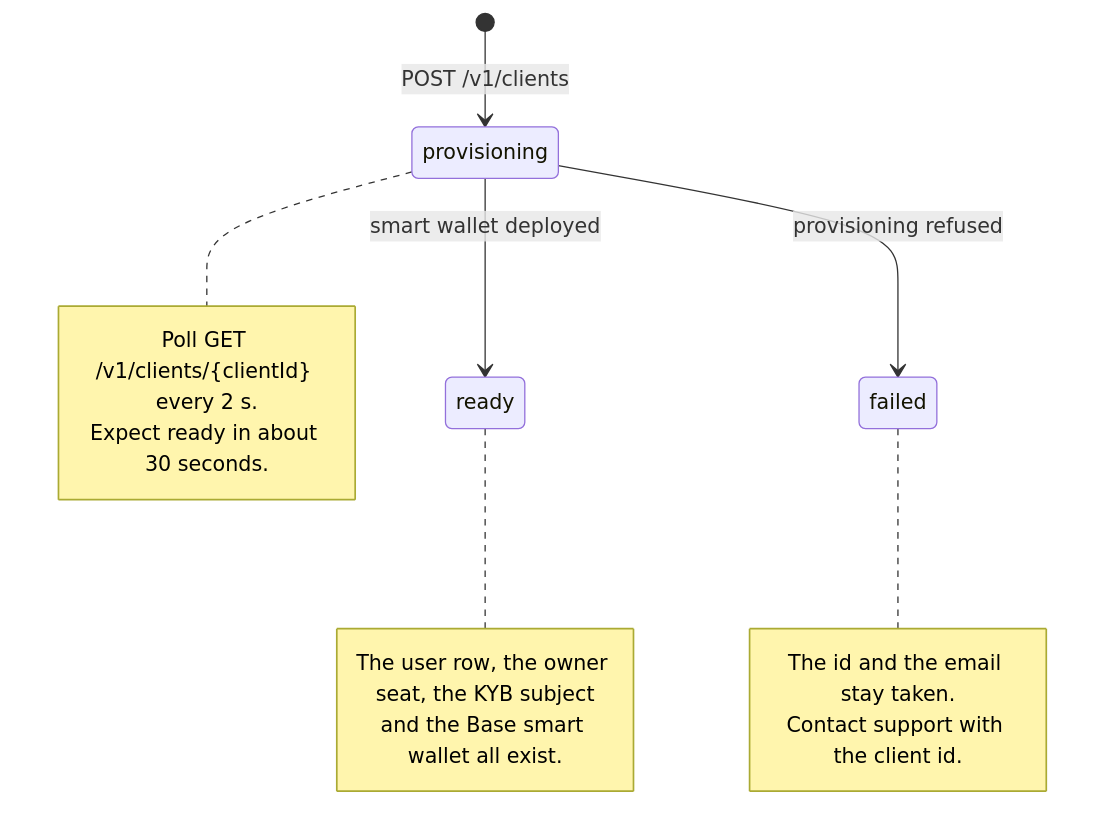
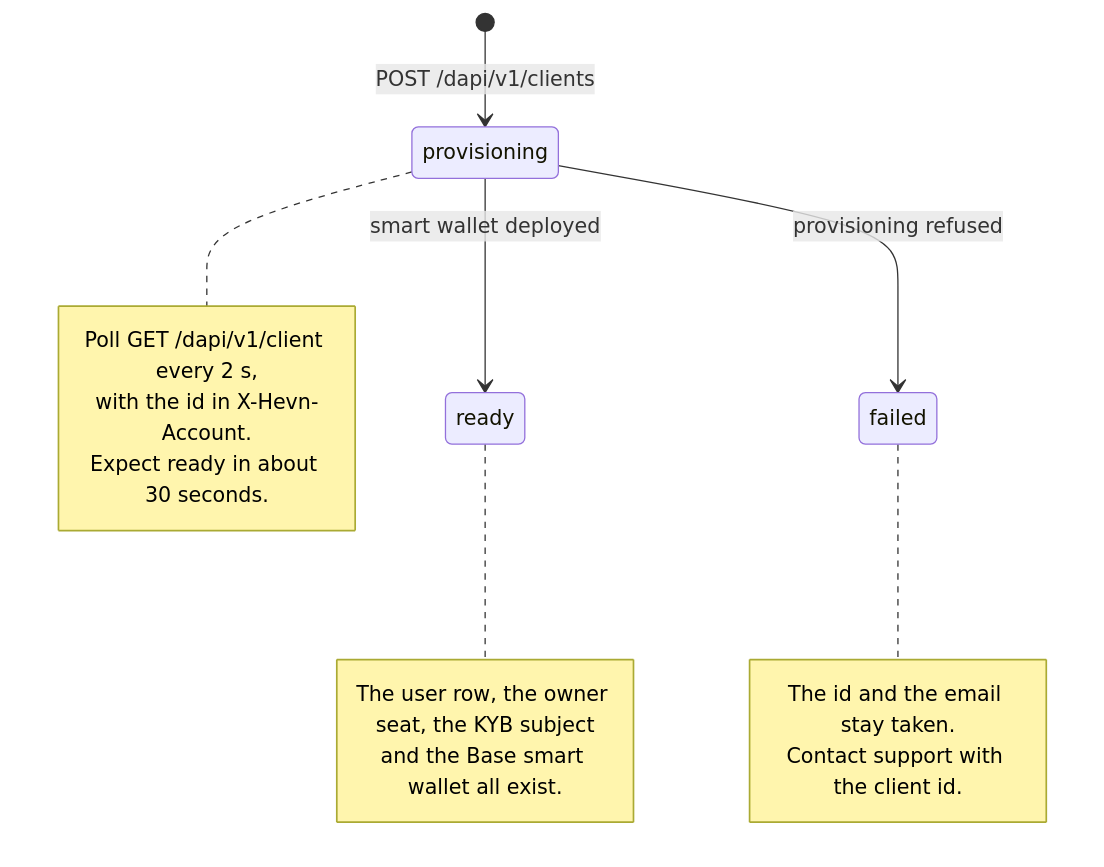
The diagram in whitelabel/clients.mdx (hevn-inc/docs), drawn with Mermaid before and after one commit. The commit also changed other lines of this file and 37 other files, not shown here.

````diff
--- a/whitelabel/clients.mdx
+++ b/whitelabel/clients.mdx
@@ -80,19 +82,20 @@
 ```mermaid
 stateDiagram-v2
-    [*] --> provisioning: POST /v1/clients
+    [*] --> provisioning: POST /dapi/v1/clients
     provisioning --> ready: smart wallet deployed
     provisioning --> failed: provisioning refused
 
     note right of provisioning
-        Poll GET /v1/clients/{clientId} every 2 s.
+        Poll GET /dapi/v1/client every 2 s,
+        with the id in X-Hevn-Account.
         Expect ready in about 30 seconds.
     end note
     note right of ready
         The user row, the owner seat, the KYB subject
         and the Base smart wallet all exist.
     end note
     note right of failed
         The id and the email stay taken.
         Contact support with the client id.
     end note
 ```
````
